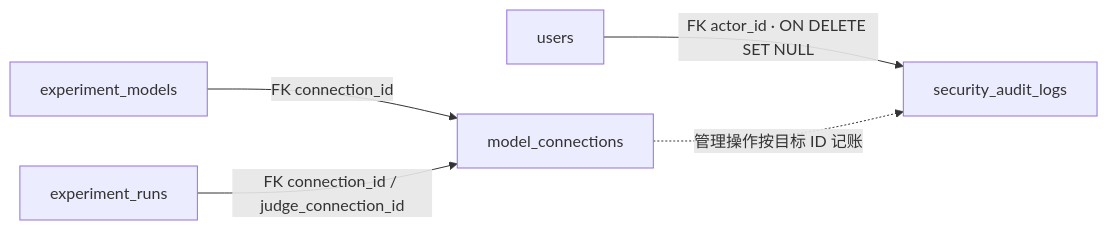
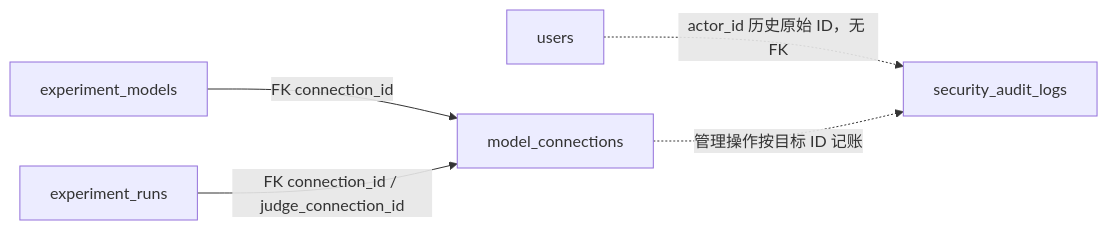
The third of 21 diagrams in docs/database-relationships.md (weiAX95/admin), drawn with Mermaid before and after one commit. The commit also changed other lines of this file and 12 other files, not shown here.

````diff
--- a/docs/database-relationships.md
+++ b/docs/database-relationships.md
@@ -69,7 +69,7 @@
 ```mermaid
 flowchart LR
   Models["experiment_models"] -->|"FK connection_id"| Connections["model_connections"]
   Runs["experiment_runs"] -->|"FK connection_id / judge_connection_id"| Connections
-  Users["users"] -->|"FK actor_id · ON DELETE SET NULL"| Audit["security_audit_logs"]
+  Users["users"] -. "actor_id 历史原始 ID，无 FK" .-> Audit["security_audit_logs"]
   Connections -. "管理操作按目标 ID 记账" .-> Audit
 ```
````
